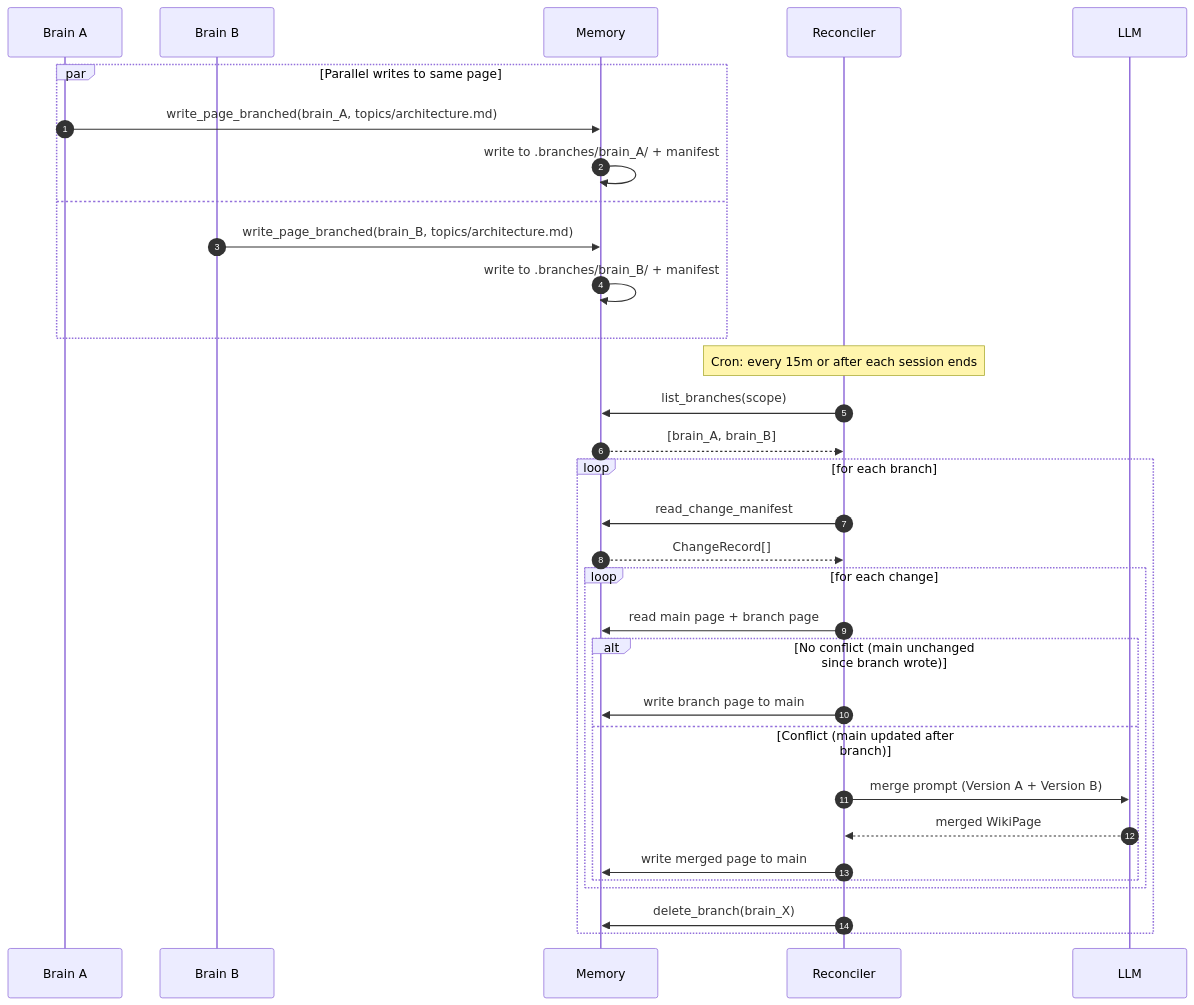
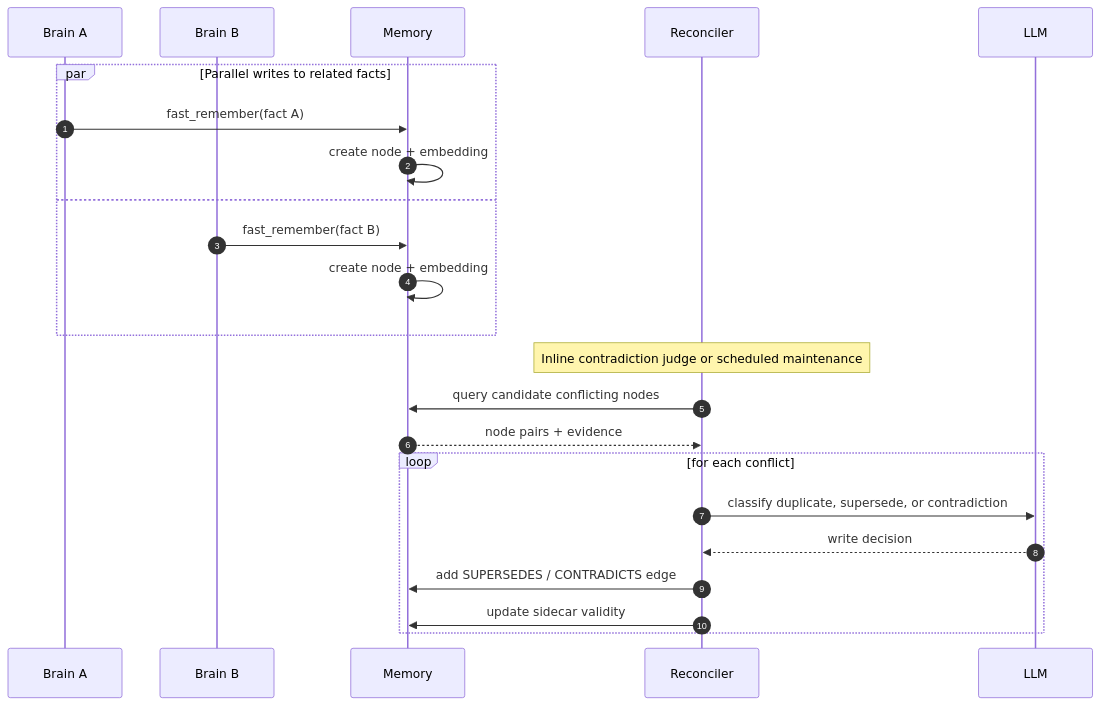
Diagram 12 of 14 in sequence-diagrams.md (hwuiwon/moa), drawn with Mermaid before and after one commit. The commit also changed other lines of this file and 299 other files, not shown here.

````diff
--- a/sequence-diagrams.md
+++ b/sequence-diagrams.md
@@ -540,39 +538,28 @@
 ```mermaid
 sequenceDiagram
     autonumber
     participant BrainA as Brain A
     participant BrainB as Brain B
     participant Memory
     participant Reconciler
     participant LLM
 
-    par Parallel writes to same page
-        BrainA->>Memory: write_page_branched(brain_A, topics/architecture.md)
-        Memory->>Memory: write to .branches/brain_A/ + manifest
+    par Parallel writes to related facts
+        BrainA->>Memory: fast_remember(fact A)
+        Memory->>Memory: create node + embedding
     and
-        BrainB->>Memory: write_page_branched(brain_B, topics/architecture.md)
-        Memory->>Memory: write to .branches/brain_B/ + manifest
+        BrainB->>Memory: fast_remember(fact B)
+        Memory->>Memory: create node + embedding
     end
 
-    Note over Reconciler: Cron: every 15m or after each session ends
-    Reconciler->>Memory: list_branches(scope)
-    Memory-->>Reconciler: [brain_A, brain_B]
+    Note over Reconciler: Inline contradiction judge or scheduled maintenance
+    Reconciler->>Memory: query candidate conflicting nodes
+    Memory-->>Reconciler: node pairs + evidence
 
-    loop for each branch
-        Reconciler->>Memory: read_change_manifest
-        Memory-->>Reconciler: ChangeRecord[]
-
-        loop for each change
-            Reconciler->>Memory: read main page + branch page
-            alt No conflict (main unchanged since branch wrote)
-                Reconciler->>Memory: write branch page to main
-            else Conflict (main updated after branch)
-                Reconciler->>LLM: merge prompt (Version A + Version B)
-                LLM-->>Reconciler: merged WikiPage
-                Reconciler->>Memory: write merged page to main
-            end
-        end
-
-        Reconciler->>Memory: delete_branch(brain_X)
+    loop for each conflict
+        Reconciler->>LLM: classify duplicate, supersede, or contradiction
+        LLM-->>Reconciler: write decision
+        Reconciler->>Memory: add SUPERSEDES / CONTRADICTS edge
+        Reconciler->>Memory: update sidecar validity
     end
 ```
````
